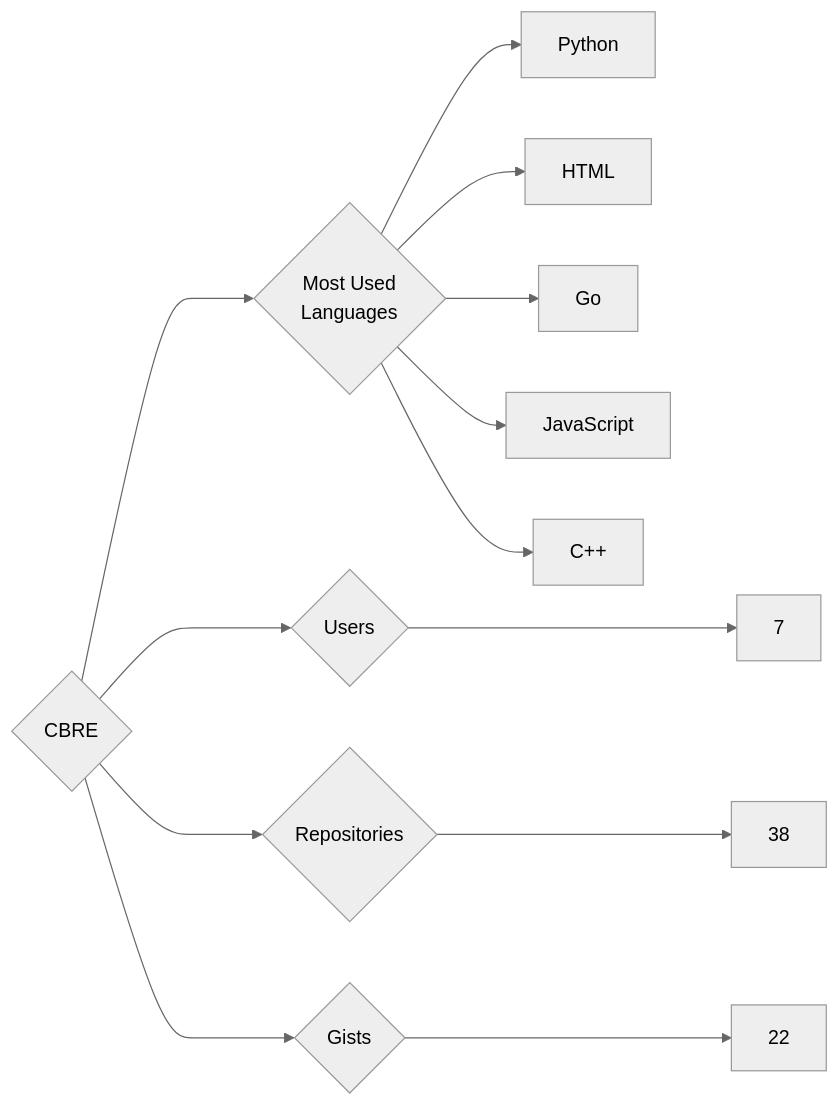
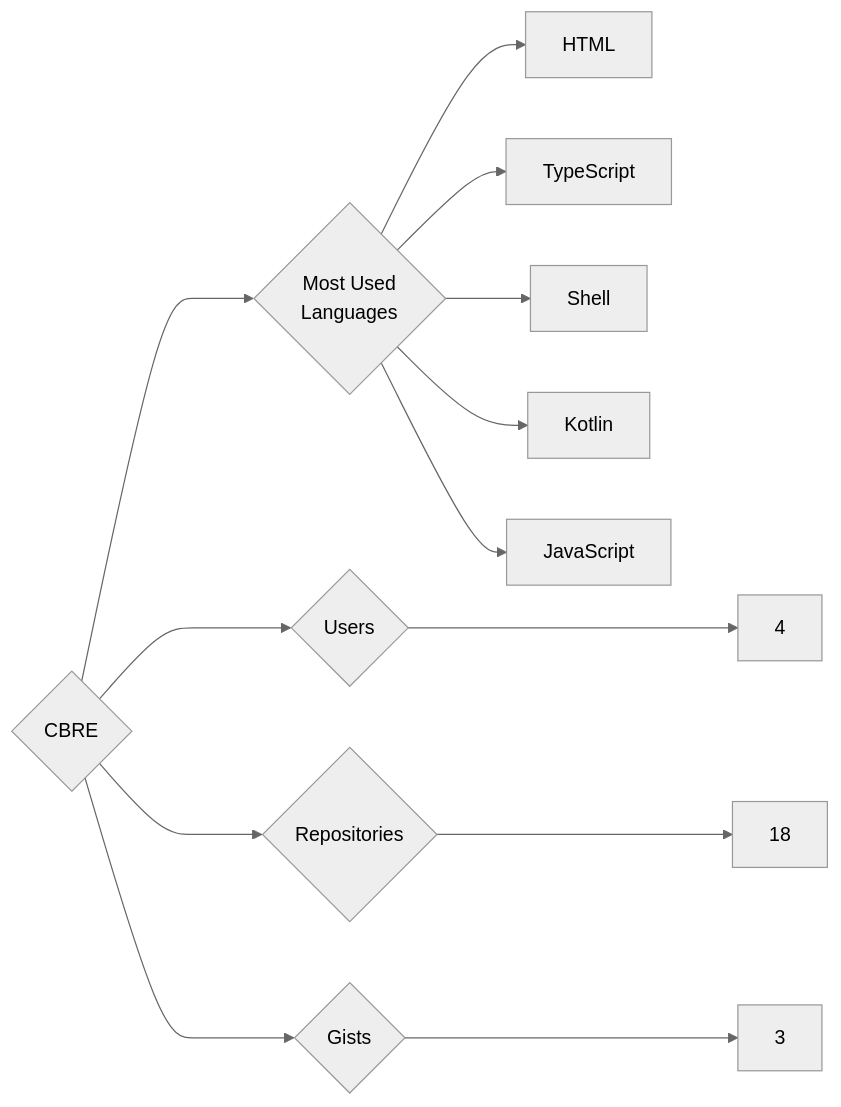
The diagram in targets/CBRE/README.md (trickest/insiders), drawn with Mermaid (neutral theme) before and after one commit. The commit also changed 1238 other files, not shown here.

````diff
--- a/targets/CBRE/README.md
+++ b/targets/CBRE/README.md
@@ -3,13 +3,13 @@
 ```mermaid
 graph LR
 COMPANY_NAME{CBRE}
-COMPANY_NAME ---> U{Users} ---> UN[7]
-COMPANY_NAME ---> R{Repositories} ---> RN[38]
-COMPANY_NAME ---> G{Gists} ---> GN[22]
+COMPANY_NAME ---> U{Users} ---> UN[4]
+COMPANY_NAME ---> R{Repositories} ---> RN[18]
+COMPANY_NAME ---> G{Gists} ---> GN[3]
 COMPANY_NAME ---> ML{Most Used<br>Languages}
-ML --> Python[Python]
 ML --> HTML[HTML]
-ML --> Go[Go]
+ML --> TypeScript[TypeScript]
+ML --> Shell[Shell]
+ML --> Kotlin[Kotlin]
 ML --> JavaScript[JavaScript]
-ML --> C++[C++]
 ```
````
